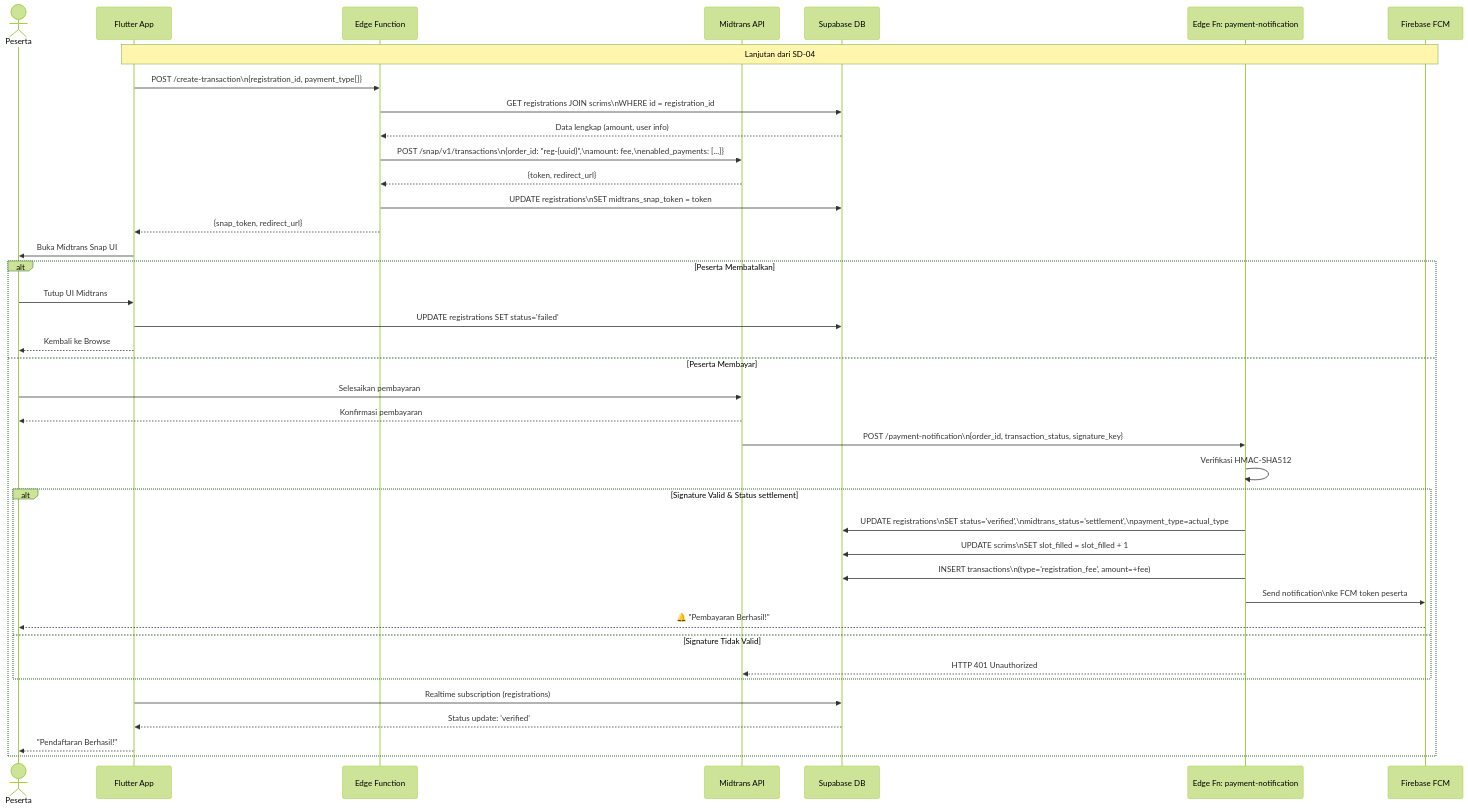
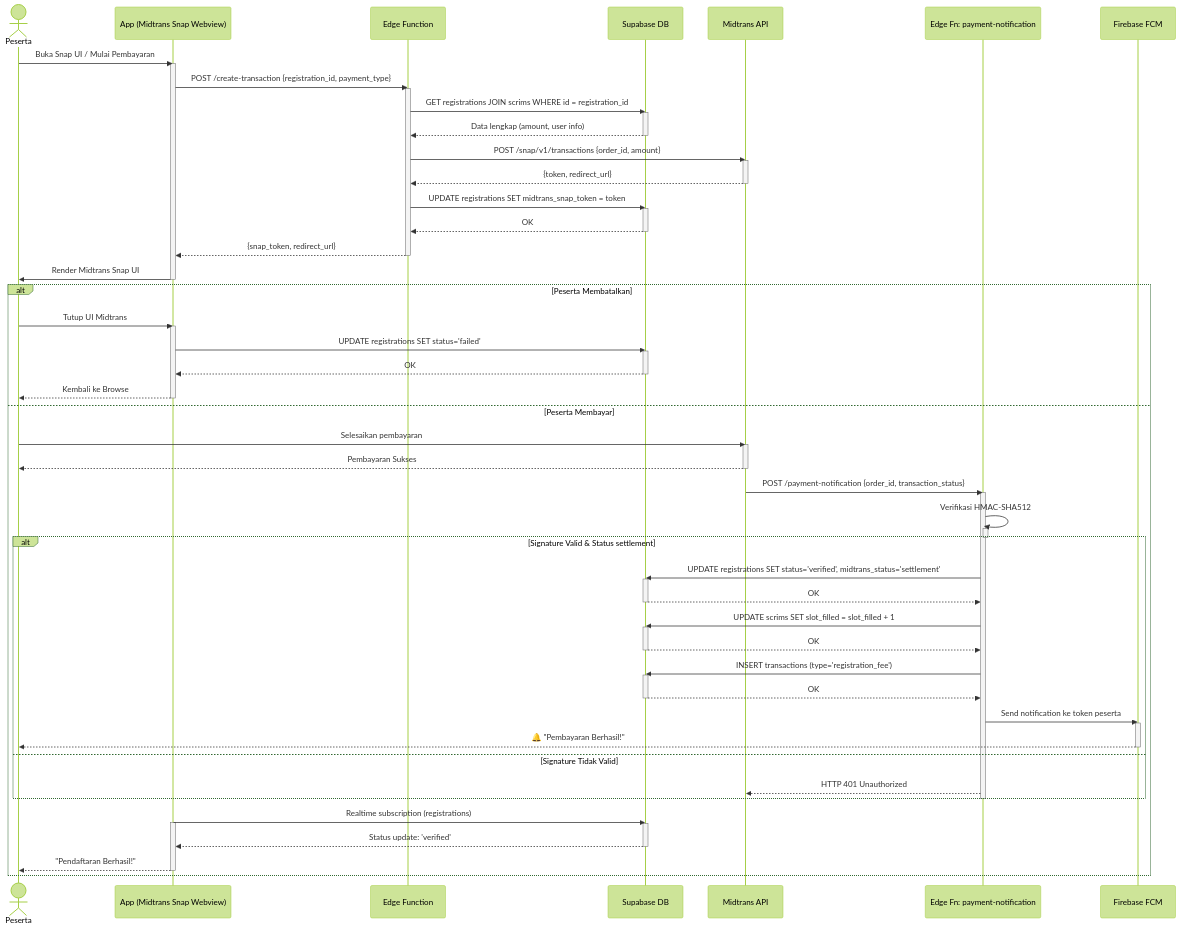
Diagram 28 of 47 in DOKUMENTASI.md (yosima050/booyahhub), drawn with Mermaid (forest theme) before and after one commit. The commit also changed other lines of this file, not shown here.

Commit message:
docs: update user flow documentation with expanded process steps and refined sequence diagrams

````diff
--- a/DOKUMENTASI.md
+++ b/DOKUMENTASI.md
@@ -946,50 +1020,89 @@
 ```mermaid
 sequenceDiagram
     actor Peserta
-    participant App as Flutter App
+    participant App as App (Midtrans Snap Webview)
     participant EdgeFn as Edge Function
+    participant DB as Supabase DB
     participant MT as Midtrans API
-    participant DB as Supabase DB
     participant WebhookFn as Edge Fn: payment-notification
     participant FCM as Firebase FCM
 
-    Note over App,FCM: Lanjutan dari SD-04
+    Peserta->>App: Buka Snap UI / Mulai Pembayaran
+    activate App
+    App->>EdgeFn: POST /create-transaction {registration_id, payment_type}
+    activate EdgeFn
+    EdgeFn->>DB: GET registrations JOIN scrims WHERE id = registration_id
+    activate DB
+    DB-->>EdgeFn: Data lengkap (amount, user info)
+    deactivate DB
 
-    App->>EdgeFn: POST /create-transaction\n{registration_id, payment_type[]}
-    EdgeFn->>DB: GET registrations JOIN scrims\nWHERE id = registration_id
-    DB-->>EdgeFn: Data lengkap (amount, user info)
+    EdgeFn->>MT: POST /snap/v1/transactions {order_id, amount}
+    activate MT
+    MT-->>EdgeFn: {token, redirect_url}
+    deactivate MT
 
-    EdgeFn->>MT: POST /snap/v1/transactions\n{order_id: "reg-{uuid}",\namount: fee,\nenabled_payments: [...]}
-    MT-->>EdgeFn: {token, redirect_url}
+    EdgeFn->>DB: UPDATE registrations SET midtrans_snap_token = token
+    activate DB
+    DB-->>EdgeFn: OK
+    deactivate DB
+    EdgeFn-->>App: {snap_token, redirect_url}
+    deactivate EdgeFn
 
-    EdgeFn->>DB: UPDATE registrations\nSET midtrans_snap_token = token
-    EdgeFn-->>App: {snap_token, redirect_url}
-
-    App->>Peserta: Buka Midtrans Snap UI
+    App->>Peserta: Render Midtrans Snap UI
+    deactivate App
 
     alt Peserta Membatalkan
         Peserta->>App: Tutup UI Midtrans
+        activate App
         App->>DB: UPDATE registrations SET status='failed'
+        activate DB
+        DB-->>App: OK
+        deactivate DB
         App-->>Peserta: Kembali ke Browse
+        deactivate App
     else Peserta Membayar
         Peserta->>MT: Selesaikan pembayaran
-        MT-->>Peserta: Konfirmasi pembayaran
+        activate MT
+        MT-->>Peserta: Pembayaran Sukses
+        deactivate MT
 
-        MT->>WebhookFn: POST /payment-notification\n{order_id, transaction_status, signature_key}
+        MT->>WebhookFn: POST /payment-notification {order_id, transaction_status}
+        activate WebhookFn
         WebhookFn->>WebhookFn: Verifikasi HMAC-SHA512
+        activate WebhookFn
+        deactivate WebhookFn
 
         alt Signature Valid & Status settlement
-            WebhookFn->>DB: UPDATE registrations\nSET status='verified',\nmidtrans_status='settlement',\npayment_type=actual_type
-            WebhookFn->>DB: UPDATE scrims\nSET slot_filled = slot_filled + 1
-            WebhookFn->>DB: INSERT transactions\n(type='registration_fee', amount=+fee)
-            WebhookFn->>FCM: Send notification\nke FCM token peserta
+            WebhookFn->>DB: UPDATE registrations SET status='verified', midtrans_status='settlement'
+            activate DB
+            DB-->>WebhookFn: OK
+            deactivate DB
+
+            WebhookFn->>DB: UPDATE scrims SET slot_filled = slot_filled + 1
+            activate DB
+            DB-->>WebhookFn: OK
+            deactivate DB
+
+            WebhookFn->>DB: INSERT transactions (type='registration_fee')
+            activate DB
+            DB-->>WebhookFn: OK
+            deactivate DB
+
+            WebhookFn->>FCM: Send notification ke token peserta
+            activate FCM
             FCM-->>Peserta: 🔔 "Pembayaran Berhasil!"
+            deactivate FCM
         else Signature Tidak Valid
             WebhookFn-->>MT: HTTP 401 Unauthorized
         end
+        deactivate WebhookFn
 
         App->>DB: Realtime subscription (registrations)
+        activate App
+        activate DB
         DB-->>App: Status update: 'verified'
+        deactivate DB
         App-->>Peserta: "Pendaftaran Berhasil!"
+        deactivate App
     end
 ```
````
